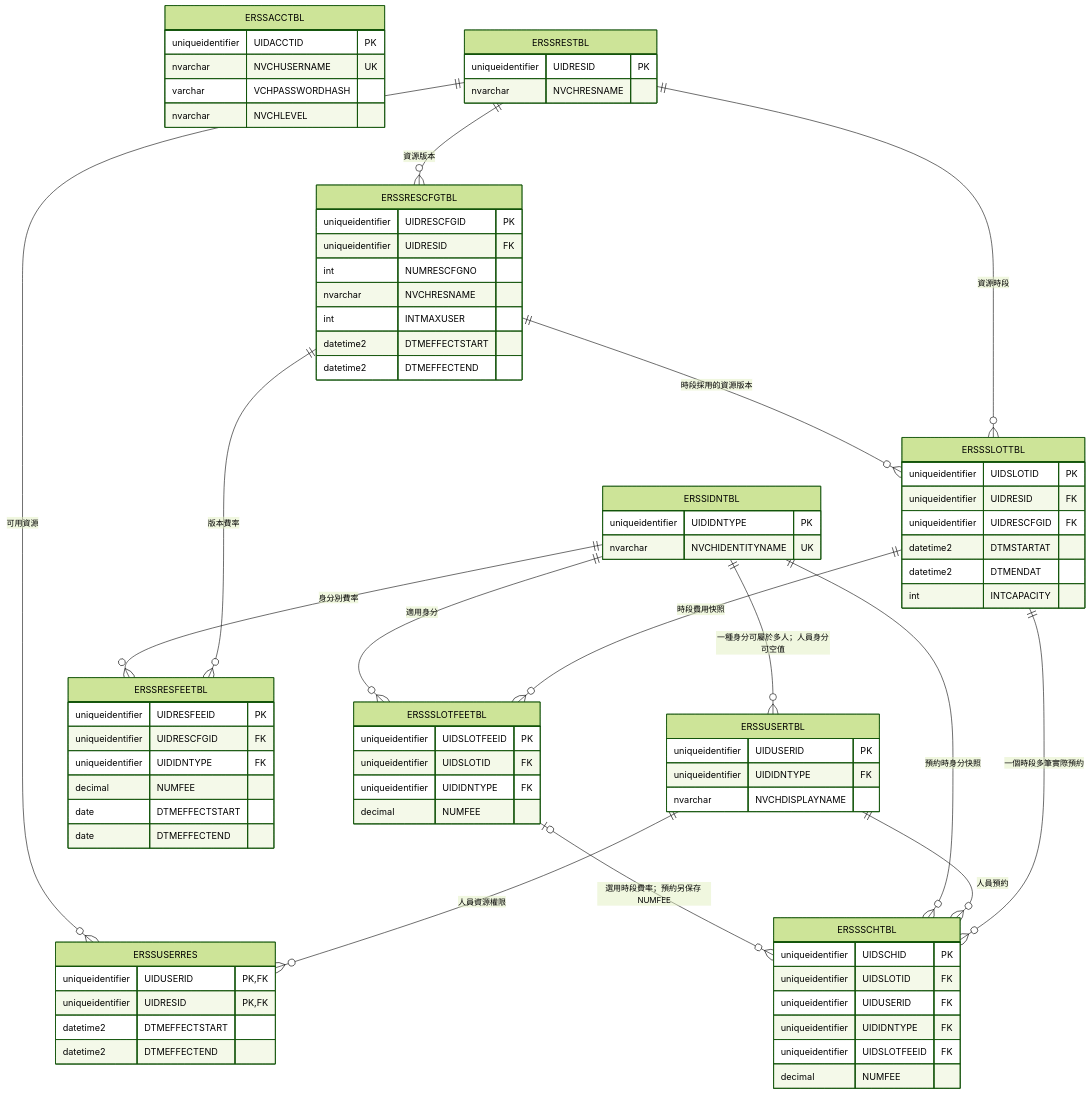
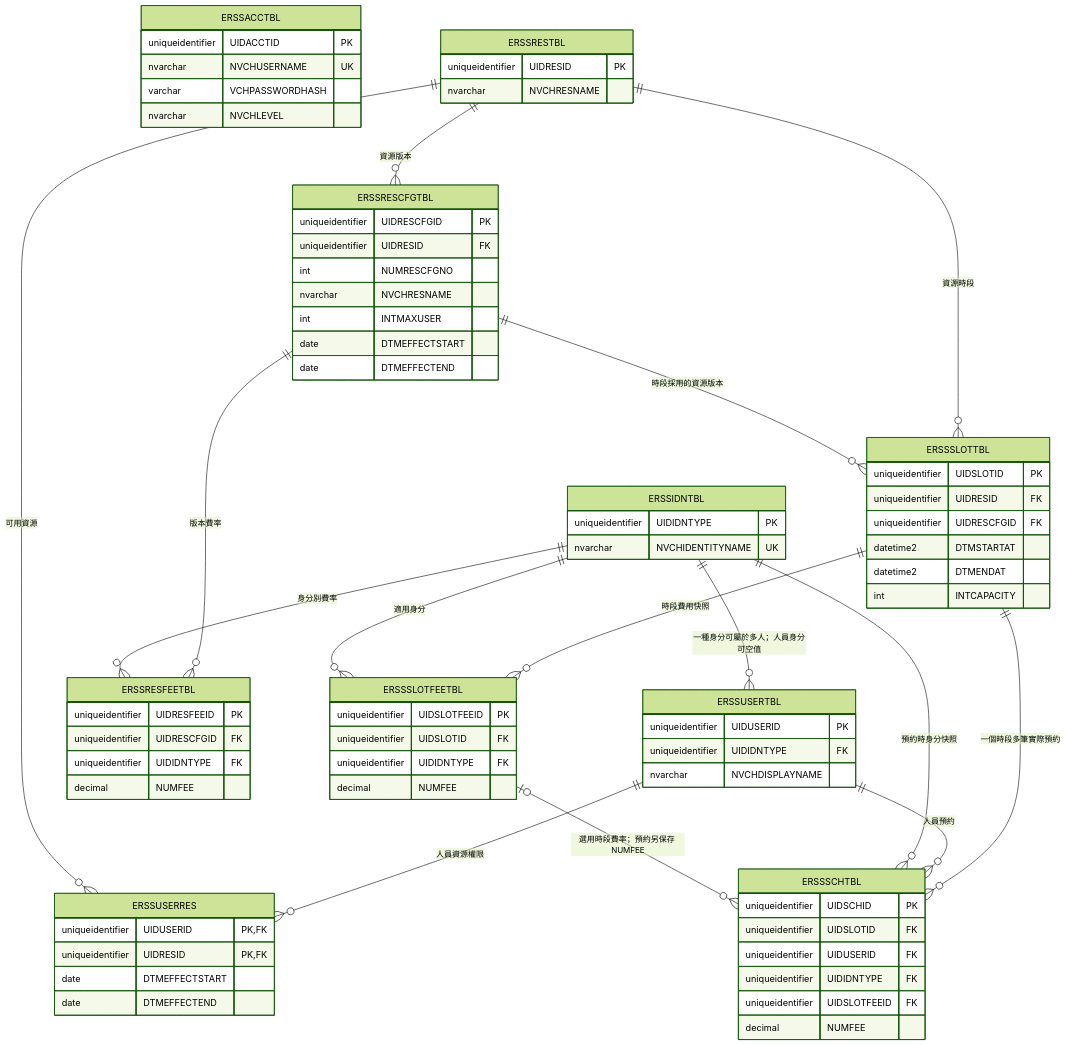
One commit to Ren-Hong/EnterpriseResourceSchedulingSystem changed the diagram in EnterpriseResourceSchedulingSystem.Infrastructure/Persistence/ERSS-Table-Relationships.md. Above: the diagram before and after it, drawn with Mermaid (forest theme). The commit also changed other lines of this file and 37 other files, not shown here.

````diff
--- a/EnterpriseResourceSchedulingSystem.Infrastructure/Persistence/ERSS-Table-Relationships.md
+++ b/EnterpriseResourceSchedulingSystem.Infrastructure/Persistence/ERSS-Table-Relationships.md
@@ -5,82 +5,80 @@
 ```mermaid
 erDiagram
     ERSSACCTBL {
         uniqueidentifier UIDACCTID PK
         nvarchar NVCHUSERNAME UK
         varchar VCHPASSWORDHASH
         nvarchar NVCHLEVEL
     }
     ERSSUSERTBL {
         uniqueidentifier UIDUSERID PK
         uniqueidentifier UIDIDNTYPE FK
         nvarchar NVCHDISPLAYNAME
     }
     ERSSIDNTBL {
         uniqueidentifier UIDIDNTYPE PK
         nvarchar NVCHIDENTITYNAME UK
     }
     ERSSRESTBL {
         uniqueidentifier UIDRESID PK
         nvarchar NVCHRESNAME
     }
     ERSSRESCFGTBL {
         uniqueidentifier UIDRESCFGID PK
         uniqueidentifier UIDRESID FK
         int NUMRESCFGNO
         nvarchar NVCHRESNAME
         int INTMAXUSER
-        datetime2 DTMEFFECTSTART
-        datetime2 DTMEFFECTEND
+        date DTMEFFECTSTART
+        date DTMEFFECTEND
     }
     ERSSRESFEETBL {
         uniqueidentifier UIDRESFEEID PK
         uniqueidentifier UIDRESCFGID FK
         uniqueidentifier UIDIDNTYPE FK
         decimal NUMFEE
-        date DTMEFFECTSTART
-        date DTMEFFECTEND
     }
     ERSSUSERRES {
         uniqueidentifier UIDUSERID PK, FK
         uniqueidentifier UIDRESID PK, FK
-        datetime2 DTMEFFECTSTART
-        datetime2 DTMEFFECTEND
+        date DTMEFFECTSTART
+        date DTMEFFECTEND
     }
     ERSSSLOTTBL {
         uniqueidentifier UIDSLOTID PK
         uniqueidentifier UIDRESID FK
         uniqueidentifier UIDRESCFGID FK
         datetime2 DTMSTARTAT
         datetime2 DTMENDAT
         int INTCAPACITY
     }
     ERSSSLOTFEETBL {
         uniqueidentifier UIDSLOTFEEID PK
         uniqueidentifier UIDSLOTID FK
         uniqueidentifier UIDIDNTYPE FK
         decimal NUMFEE
     }
     ERSSSCHTBL {
         uniqueidentifier UIDSCHID PK
         uniqueidentifier UIDSLOTID FK
         uniqueidentifier UIDUSERID FK
         uniqueidentifier UIDIDNTYPE FK
         uniqueidentifier UIDSLOTFEEID FK
         decimal NUMFEE
     }
 
     ERSSIDNTBL ||--o{ ERSSUSERTBL : "一種身分可屬於多人；人員身分可空值"
     ERSSRESTBL ||--o{ ERSSRESCFGTBL : "資源版本"
     ERSSRESCFGTBL ||--o{ ERSSRESFEETBL : "版本費率"
     ERSSIDNTBL ||--o{ ERSSRESFEETBL : "身分別費率"
     ERSSUSERTBL ||--o{ ERSSUSERRES : "人員資源權限"
     ERSSRESTBL ||--o{ ERSSUSERRES : "可用資源"
     ERSSRESTBL ||--o{ ERSSSLOTTBL : "資源時段"
     ERSSRESCFGTBL ||--o{ ERSSSLOTTBL : "時段採用的資源版本"
     ERSSSLOTTBL ||--o{ ERSSSLOTFEETBL : "時段費用快照"
     ERSSIDNTBL ||--o{ ERSSSLOTFEETBL : "適用身分"
     ERSSSLOTTBL ||--o{ ERSSSCHTBL : "一個時段多筆實際預約"
     ERSSUSERTBL ||--o{ ERSSSCHTBL : "人員預約"
     ERSSIDNTBL ||--o{ ERSSSCHTBL : "預約時身分快照"
     ERSSSLOTFEETBL o|--o{ ERSSSCHTBL : "選用時段費率；預約另保存 NUMFEE"
 ```
````
